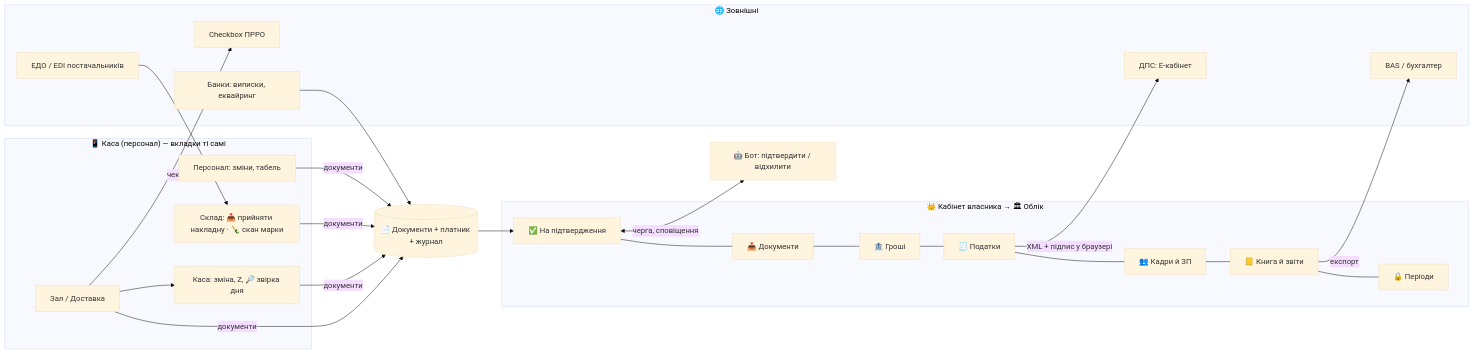
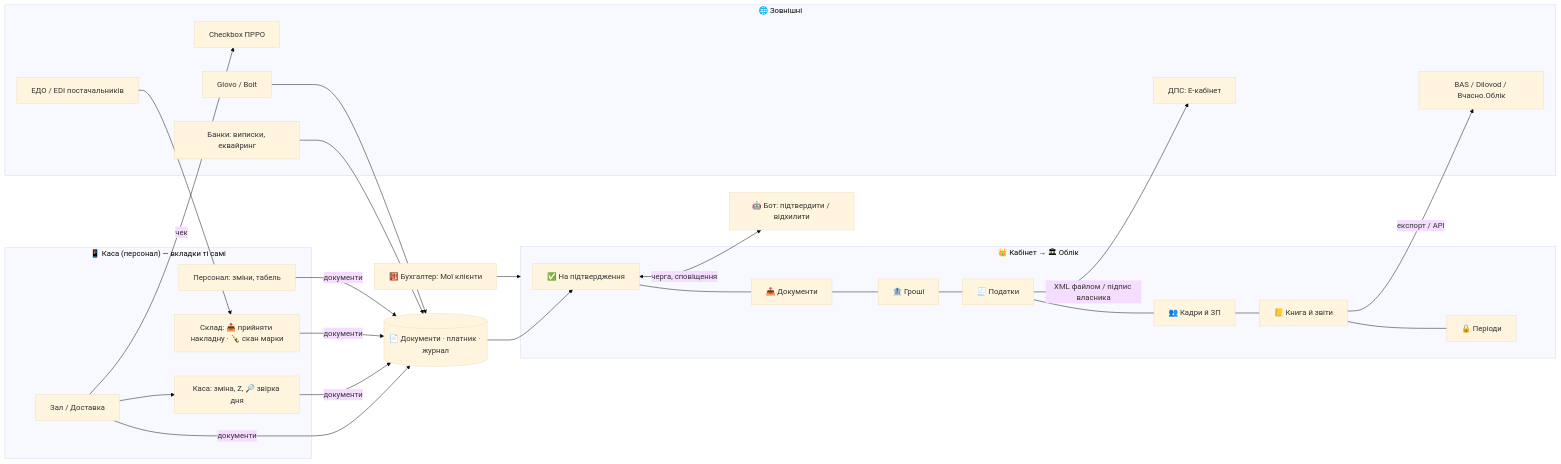
Before and after one commit to 666blackmuxa666/VARVAR: the diagram in _team/одна-система.md, drawn with Mermaid (base theme). The commit also changed other lines of this file, not shown here.

Commit message:
docs: фінальний план «Одна система» v1.0 — рішення власника, фундамент, вкладки, етапи

````diff
--- a/_team/одна-система.md
+++ b/_team/одна-система.md
@@ -120,26 +91,28 @@
 ```mermaid
 flowchart LR
   subgraph POS["📱 Каса (персонал) — вкладки ті самі"]
     Z[Зал / Доставка] --> K[Каса: зміна, Z, 🔎 звірка дня]
     S[Склад: 📥 прийняти накладну · 🍾 скан марки]
     P[Персонал: зміни, табель]
   end
   subgraph EXT["🌐 Зовнішні"]
     CB[Checkbox ПРРО]
     BANK[Банки: виписки, еквайринг]
+    AGR[Glovo / Bolt]
     EDO[ЕДО / EDI постачальників]
     DPS[ДПС: Е-кабінет]
-    BUH[BAS / бухгалтер]
+    BUH[BAS / Dilovod / Вчасно.Облік]
   end
   Z -->|чек| CB
-  Z & K & S & P -->|документи| DOC[(📄 Документи + платник + журнал)]
+  Z & K & S & P -->|документи| DOC[(📄 Документи · платник · журнал)]
   EDO --> S
-  BANK --> DOC
+  BANK & AGR --> DOC
   DOC --> OB
-  subgraph OWN["👑 Кабінет власника → 🏛 Облік"]
+  subgraph OWN["👑 Кабінет → 🏛 Облік"]
     OB[✅ На підтвердження] --- D2[📥 Документи] --- G[🏦 Гроші] --- T[🧾 Податки] --- HR[👥 Кадри й ЗП] --- BK[📒 Книга й звіти] --- PR[🔒 Періоди]
   end
-  T -->|XML + підпис у браузері| DPS
-  BK -->|експорт| BUH
+  T -->|XML файлом / підпис власника| DPS
+  BK -->|експорт / API| BUH
   OB <-->|черга, сповіщення| BOT[🤖 Бот: підтвердити / відхилити]
+  ACC[🧮 Бухгалтер: Мої клієнти] --> OWN
 ```
````
